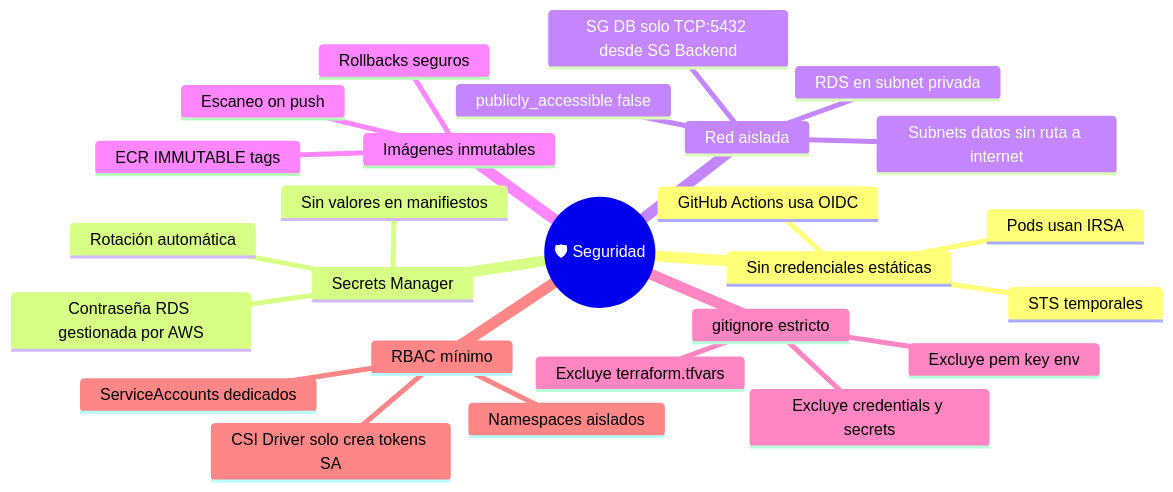
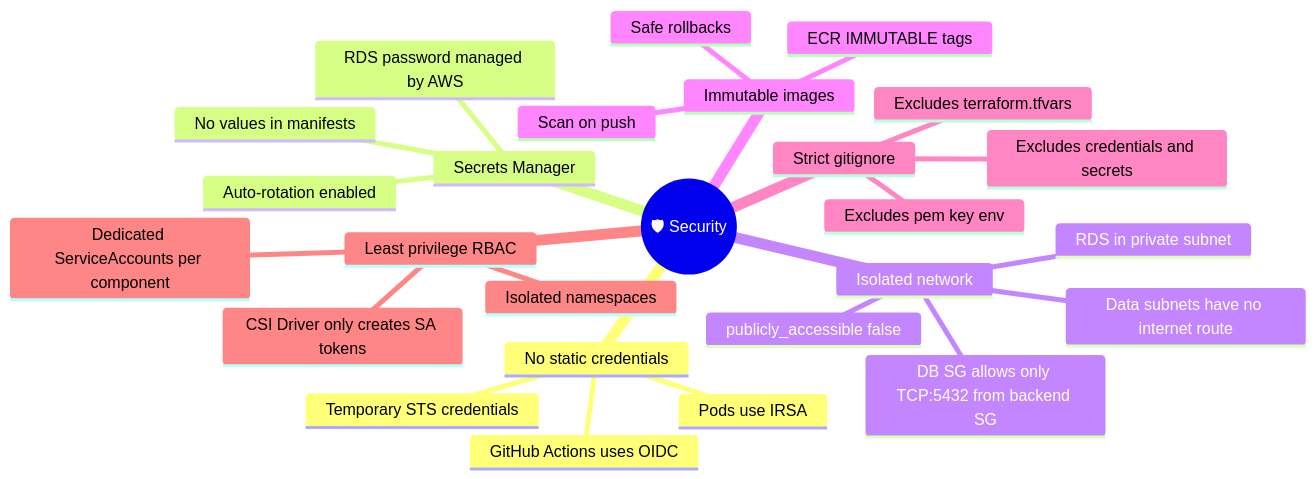
Before and after one commit to chelu-cloud/orchestra-deployment: diagram 14 of 14 in README.MD, drawn with Mermaid. The commit also changed other lines of this file, not shown here.

````diff
--- a/README.MD
+++ b/README.MD
@@ -695,29 +695,29 @@
 ```mermaid
 mindmap
-  root((🛡 Seguridad))
-    Sin credenciales estáticas
-      GitHub Actions usa OIDC
-      Pods usan IRSA
-      STS temporales
+  root((🛡 Security))
+    No static credentials
+      GitHub Actions uses OIDC
+      Pods use IRSA
+      Temporary STS credentials
     Secrets Manager
-      Contraseña RDS gestionada por AWS
-      Rotación automática
-      Sin valores en manifiestos
-    Red aislada
-      RDS en subnet privada
+      RDS password managed by AWS
+      Auto-rotation enabled
+      No values in manifests
+    Isolated network
+      RDS in private subnet
       publicly_accessible false
-      SG DB solo TCP:5432 desde SG Backend
-      Subnets datos sin ruta a internet
-    Imágenes inmutables
+      DB SG allows only TCP:5432 from backend SG
+      Data subnets have no internet route
+    Immutable images
       ECR IMMUTABLE tags
-      Escaneo on push
-      Rollbacks seguros
-    gitignore estricto
-      Excluye pem key env
-      Excluye terraform.tfvars
-      Excluye credentials y secrets
-    RBAC mínimo
-      CSI Driver solo crea tokens SA
-      Namespaces aislados
-      ServiceAccounts dedicados
+      Scan on push
+      Safe rollbacks
+    Strict gitignore
+      Excludes pem key env
+      Excludes terraform.tfvars
+      Excludes credentials and secrets
+    Least privilege RBAC
+      CSI Driver only creates SA tokens
+      Isolated namespaces
+      Dedicated ServiceAccounts per component
 ```
````
